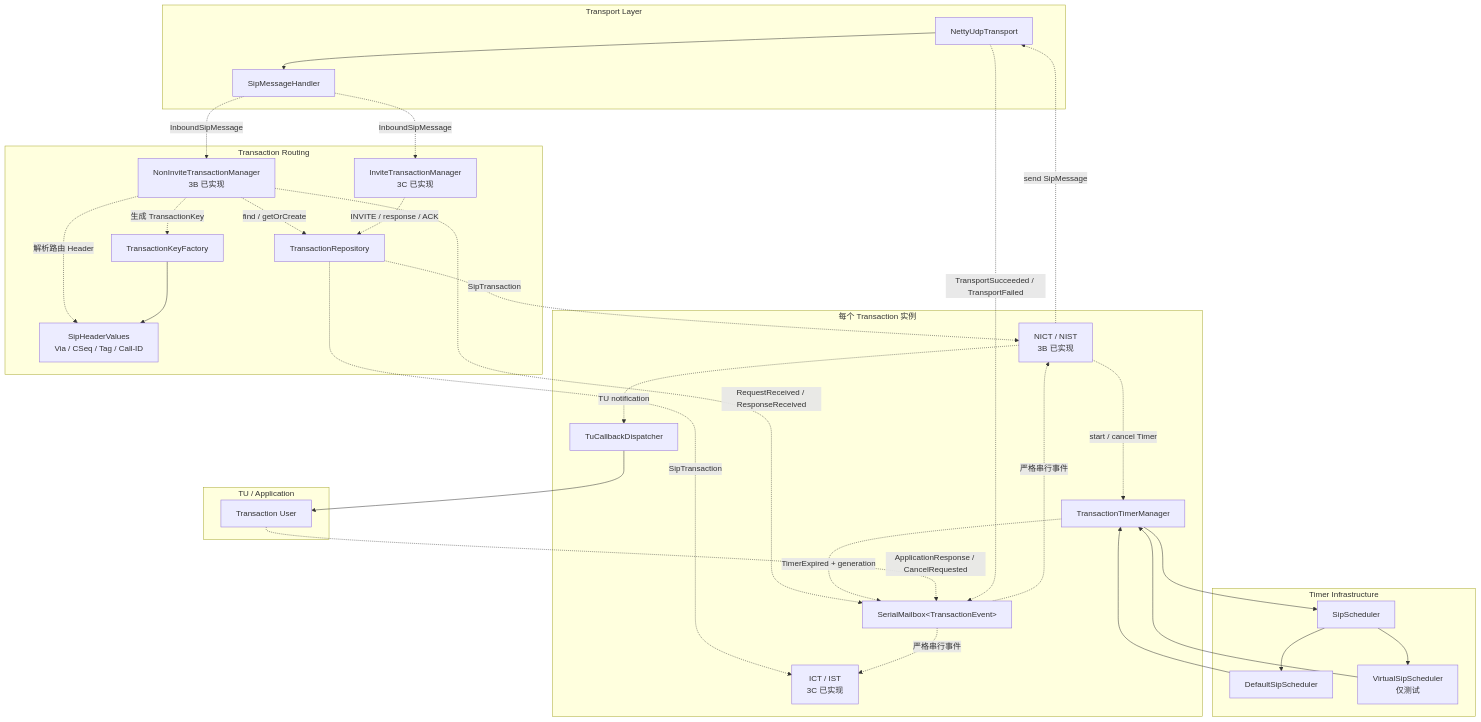
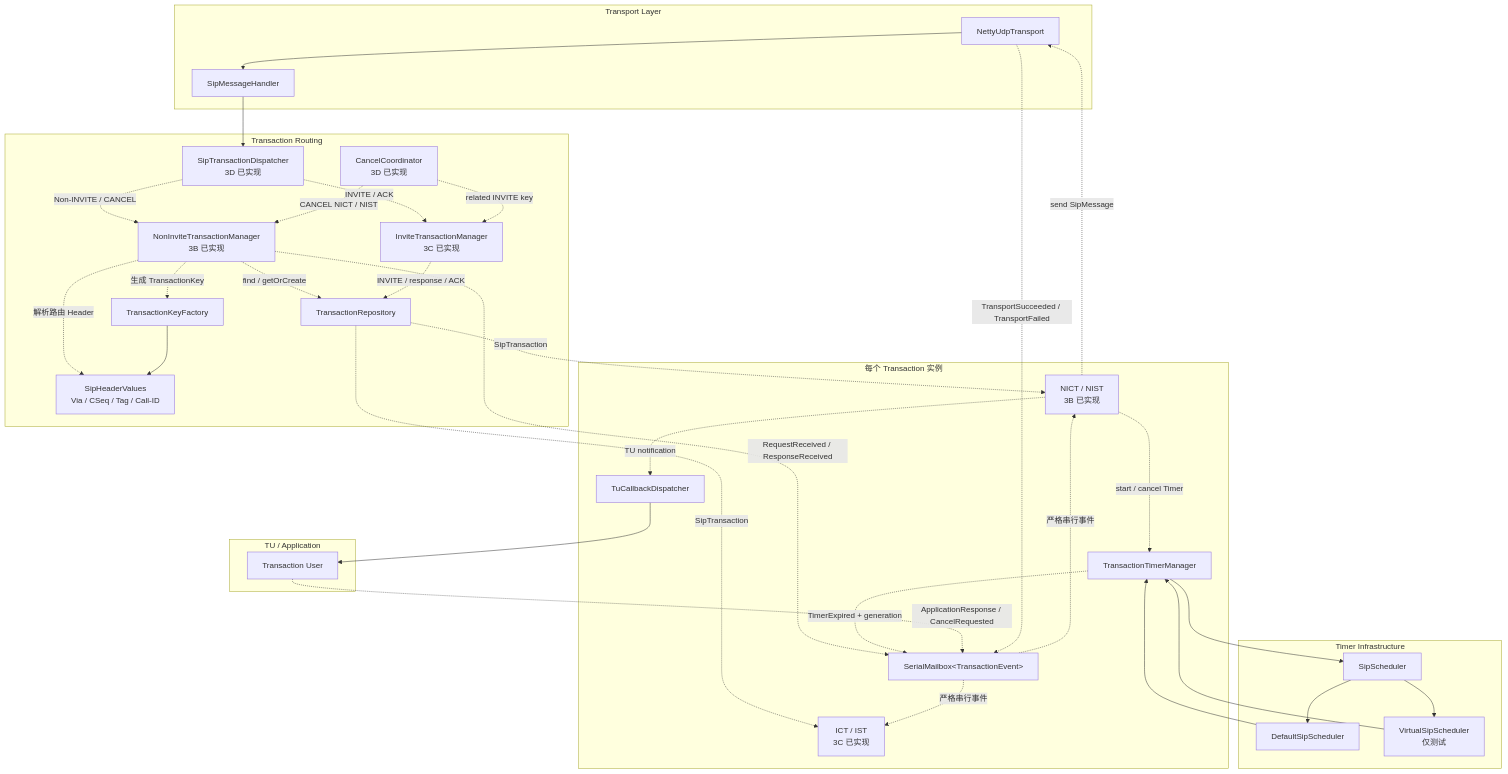
One commit to Thinker112/LoomSIP changed the diagram in MILESTONE-03-TRANSACTION-LAYER.md. Above: the diagram before and after it, drawn with Mermaid. The commit also changed other lines of this file and 16 other files, not shown here.

````diff
--- a/MILESTONE-03-TRANSACTION-LAYER.md
+++ b/MILESTONE-03-TRANSACTION-LAYER.md
@@ -724,65 +738,70 @@
 ```mermaid
 flowchart TB
     subgraph Transport["Transport Layer"]
         NETTY["NettyUdpTransport"]
         HANDLER["SipMessageHandler"]
     end
 
     subgraph Routing["Transaction Routing"]
+        TOP_DISPATCHER["SipTransactionDispatcher<br/>3D 已实现"]
         DISPATCHER["NonInviteTransactionManager<br/>3B 已实现"]
         INVITE_DISPATCHER["InviteTransactionManager<br/>3C 已实现"]
+        CANCEL_COORDINATOR["CancelCoordinator<br/>3D 已实现"]
         HEADERS["SipHeaderValues<br/>Via / CSeq / Tag / Call-ID"]
         KEY_FACTORY["TransactionKeyFactory"]
         REPOSITORY["TransactionRepository"]
     end
 
     subgraph Transaction["每个 Transaction 实例"]
         MAILBOX["SerialMailbox&lt;TransactionEvent&gt;"]
         STATE_MACHINE["NICT / NIST<br/>3B 已实现"]
         INVITE_STATE_MACHINE["ICT / IST<br/>3C 已实现"]
         TIMER_MANAGER["TransactionTimerManager"]
         TU_DISPATCHER["TuCallbackDispatcher"]
     end
 
     subgraph Timing["Timer Infrastructure"]
         SCHEDULER["SipScheduler"]
         DEFAULT_SCHEDULER["DefaultSipScheduler"]
         VIRTUAL_SCHEDULER["VirtualSipScheduler<br/>仅测试"]
     end
 
     subgraph Application["TU / Application"]
         TU["Transaction User"]
     end
 
     NETTY --> HANDLER
-    HANDLER -. "InboundSipMessage" .-> DISPATCHER
-    HANDLER -. "InboundSipMessage" .-> INVITE_DISPATCHER
+    HANDLER --> TOP_DISPATCHER
+    TOP_DISPATCHER -. "Non-INVITE / CANCEL" .-> DISPATCHER
+    TOP_DISPATCHER -. "INVITE / ACK" .-> INVITE_DISPATCHER
 
     DISPATCHER -. "解析路由 Header" .-> HEADERS
     DISPATCHER -. "生成 TransactionKey" .-> KEY_FACTORY
     KEY_FACTORY --> HEADERS
     DISPATCHER -. "find / getOrCreate" .-> REPOSITORY
     INVITE_DISPATCHER -. "INVITE / response / ACK" .-> REPOSITORY
+    CANCEL_COORDINATOR -. "CANCEL NICT / NIST" .-> DISPATCHER
+    CANCEL_COORDINATOR -. "related INVITE key" .-> INVITE_DISPATCHER
     REPOSITORY -. "SipTransaction" .-> STATE_MACHINE
     REPOSITORY -. "SipTransaction" .-> INVITE_STATE_MACHINE
     DISPATCHER -. "RequestReceived / ResponseReceived" .-> MAILBOX
 
     MAILBOX -. "严格串行事件" .-> STATE_MACHINE
     MAILBOX -. "严格串行事件" .-> INVITE_STATE_MACHINE
 
     STATE_MACHINE -. "start / cancel Timer" .-> TIMER_MANAGER
     TIMER_MANAGER --> SCHEDULER
     SCHEDULER --> DEFAULT_SCHEDULER
     SCHEDULER --> VIRTUAL_SCHEDULER
     DEFAULT_SCHEDULER --> TIMER_MANAGER
     VIRTUAL_SCHEDULER --> TIMER_MANAGER
     TIMER_MANAGER -. "TimerExpired + generation" .-> MAILBOX
 
     STATE_MACHINE -. "TU notification" .-> TU_DISPATCHER
     TU_DISPATCHER --> TU
     TU -. "ApplicationResponse / CancelRequested" .-> MAILBOX
 
     STATE_MACHINE -. "send SipMessage" .-> NETTY
     NETTY -. "TransportSucceeded / TransportFailed" .-> MAILBOX
 
 ```
````
